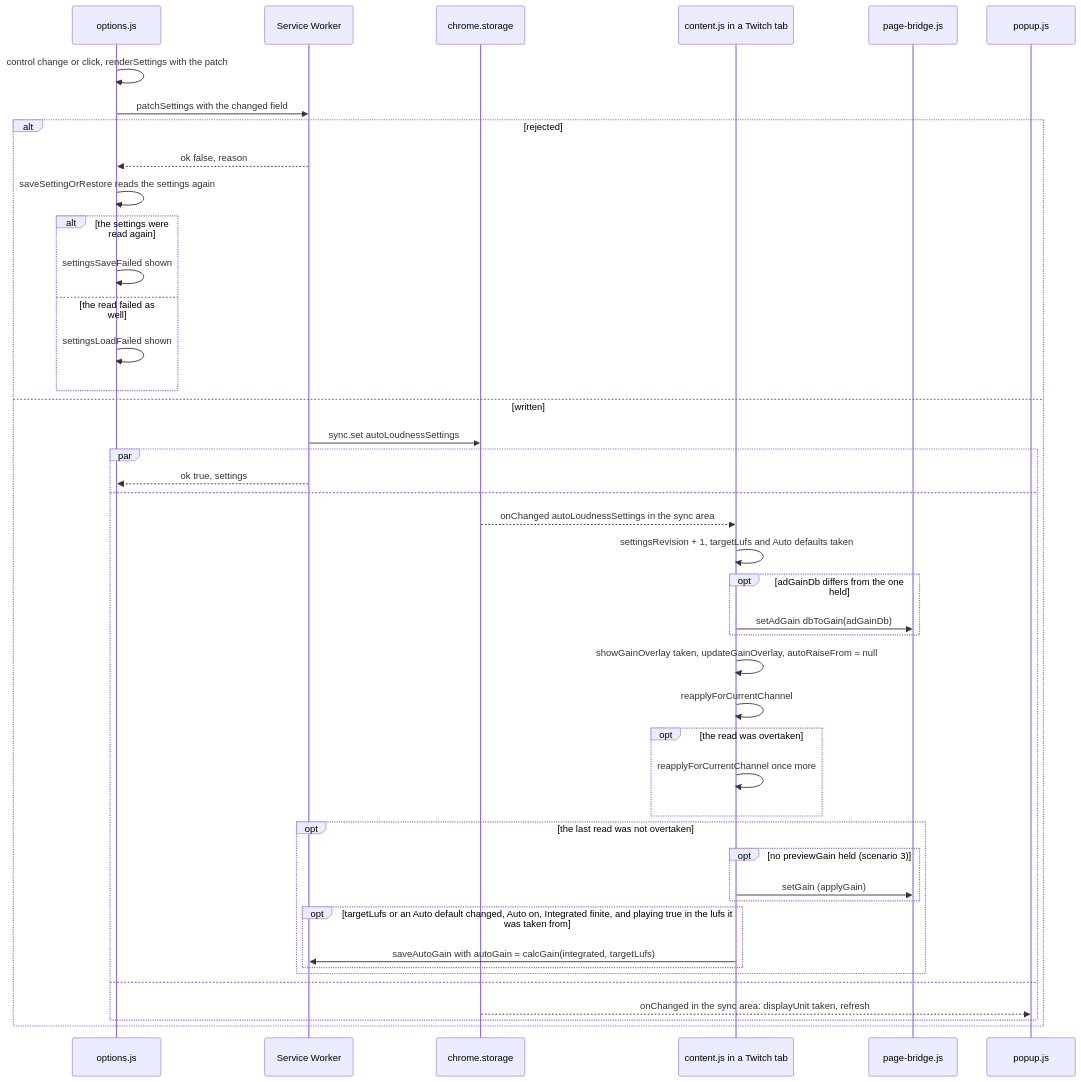
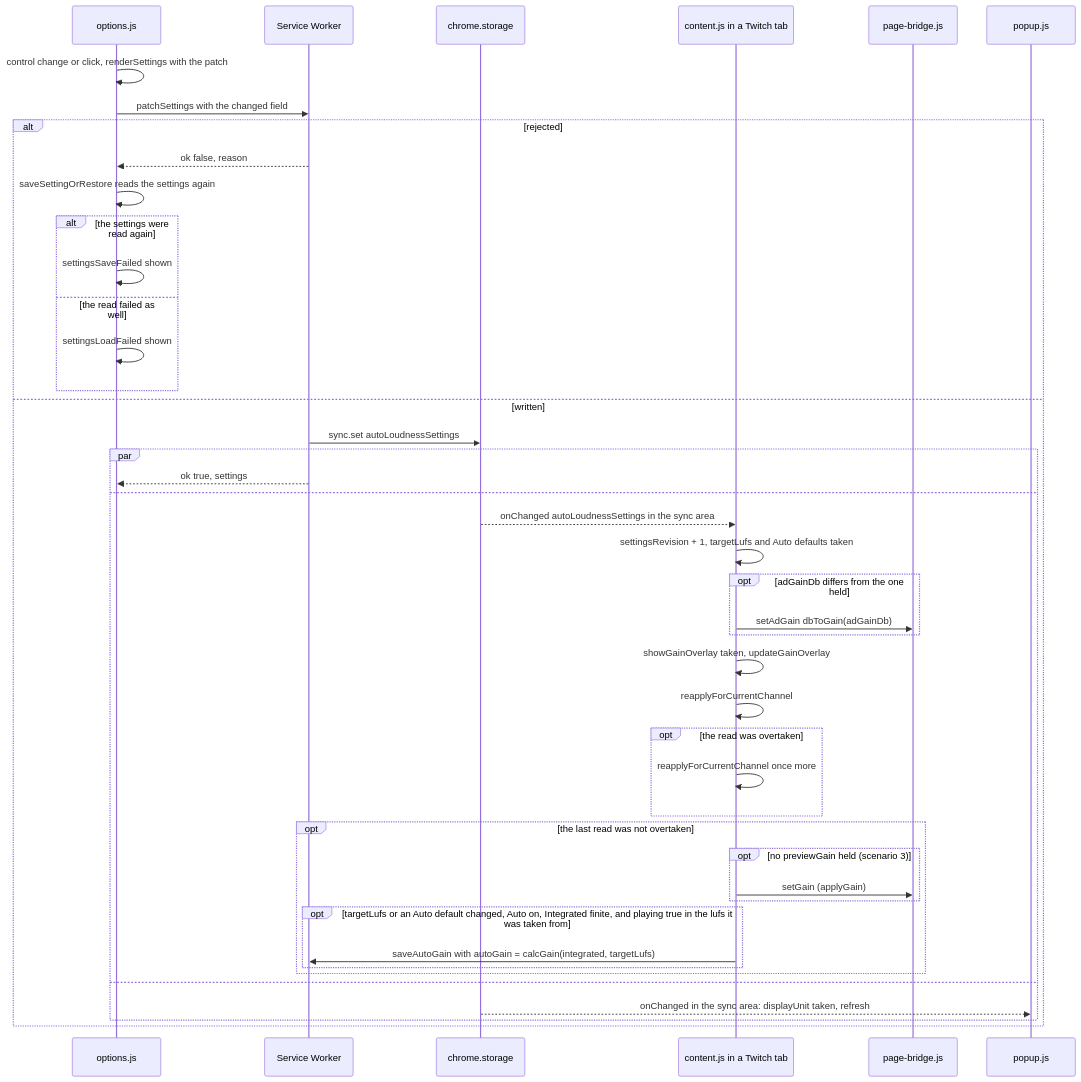
One commit to semnil/twitch-channel-volume changed diagram 13 of 17 in docs/gain-change-and-save.md. Above: the diagram before and after it, drawn with Mermaid. The commit also changed other lines of this file and 4 other files, not shown here.

Commit message:
docs: describe Auto as playing the gain the Integrated value asks for

````diff
--- a/docs/gain-change-and-save.md
+++ b/docs/gain-change-and-save.md
@@ -582,46 +579,46 @@
 ```mermaid
 sequenceDiagram
   participant options as options.js
   participant sw as Service Worker
   participant storage as chrome.storage
   participant content as content.js in a Twitch tab
   participant bridge as page-bridge.js
   participant popup as popup.js
   options->>options: control change or click, renderSettings with the patch
   options->>sw: patchSettings with the changed field
   alt rejected
     sw-->>options: ok false, reason
     options->>options: saveSettingOrRestore reads the settings again
     alt the settings were read again
       options->>options: settingsSaveFailed shown
     else the read failed as well
       options->>options: settingsLoadFailed shown
     end
   else written
     sw->>storage: sync.set autoLoudnessSettings
     par
       sw-->>options: ok true, settings
     and
       storage-->>content: onChanged autoLoudnessSettings in the sync area
       content->>content: settingsRevision + 1, targetLufs and Auto defaults taken
       opt adGainDb differs from the one held
         content->>bridge: setAdGain dbToGain(adGainDb)
       end
-      content->>content: showGainOverlay taken, updateGainOverlay, autoRaiseFrom = null
+      content->>content: showGainOverlay taken, updateGainOverlay
       content->>content: reapplyForCurrentChannel
       opt the read was overtaken
         content->>content: reapplyForCurrentChannel once more
       end
       opt the last read was not overtaken
         opt no previewGain held (scenario 3)
           content->>bridge: setGain (applyGain)
         end
         opt targetLufs or an Auto default changed, Auto on, Integrated finite, and playing true in the lufs it was taken from
           content->>sw: saveAutoGain with autoGain = calcGain(integrated, targetLufs)
         end
       end
     and
       storage-->>popup: onChanged in the sync area: displayUnit taken, refresh
     end
   end
 ```
````
